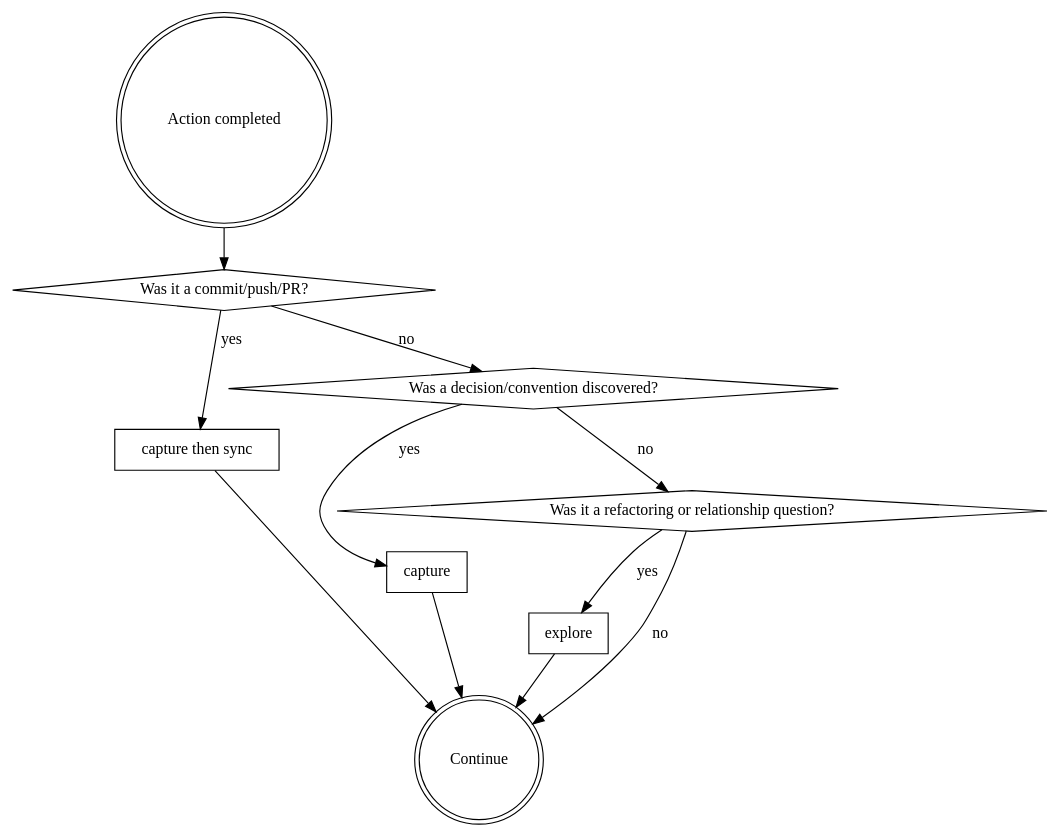
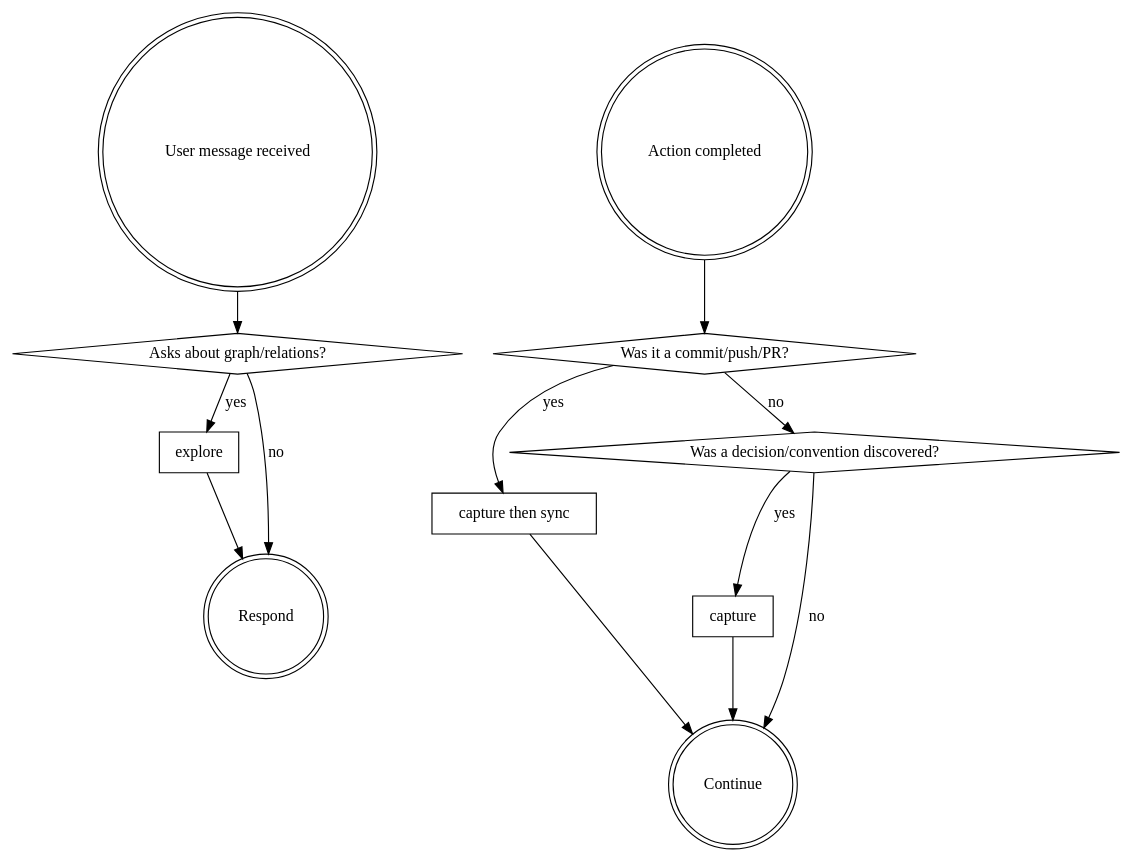
Before and after one commit to Curt-Park/autology: the diagram in skills/router/SKILL.md, drawn with Graphviz. The commit also changed other lines of this file, not shown here.

First line of the commit message:
fix: separate explore trigger — user message (not post-action)

````diff
--- a/skills/router/SKILL.md
+++ b/skills/router/SKILL.md
@@ -48,23 +52,27 @@
 ```dot
 digraph router {
+  "User message received" [shape=doublecircle];
   "Action completed" [shape=doublecircle];
+  "Asks about graph/relations?" [shape=diamond];
+  "explore" [shape=box];
+  "Respond" [shape=doublecircle];
   "Was it a commit/push/PR?" [shape=diamond];
   "capture then sync" [shape=box];
   "Was a decision/convention discovered?" [shape=diamond];
   "capture" [shape=box];
-  "Was it a refactoring or relationship question?" [shape=diamond];
-  "explore" [shape=box];
   "Continue" [shape=doublecircle];
+
+  "User message received" -> "Asks about graph/relations?";
+  "Asks about graph/relations?" -> "explore" [label="yes"];
+  "Asks about graph/relations?" -> "Respond" [label="no"];
+  "explore" -> "Respond";
 
   "Action completed" -> "Was it a commit/push/PR?";
   "Was it a commit/push/PR?" -> "capture then sync" [label="yes"];
   "Was it a commit/push/PR?" -> "Was a decision/convention discovered?" [label="no"];
   "Was a decision/convention discovered?" -> "capture" [label="yes"];
-  "Was a decision/convention discovered?" -> "Was it a refactoring or relationship question?" [label="no"];
-  "Was it a refactoring or relationship question?" -> "explore" [label="yes"];
-  "Was it a refactoring or relationship question?" -> "Continue" [label="no"];
+  "Was a decision/convention discovered?" -> "Continue" [label="no"];
   "capture then sync" -> "Continue";
   "capture" -> "Continue";
-  "explore" -> "Continue";
 }
 ```
````
